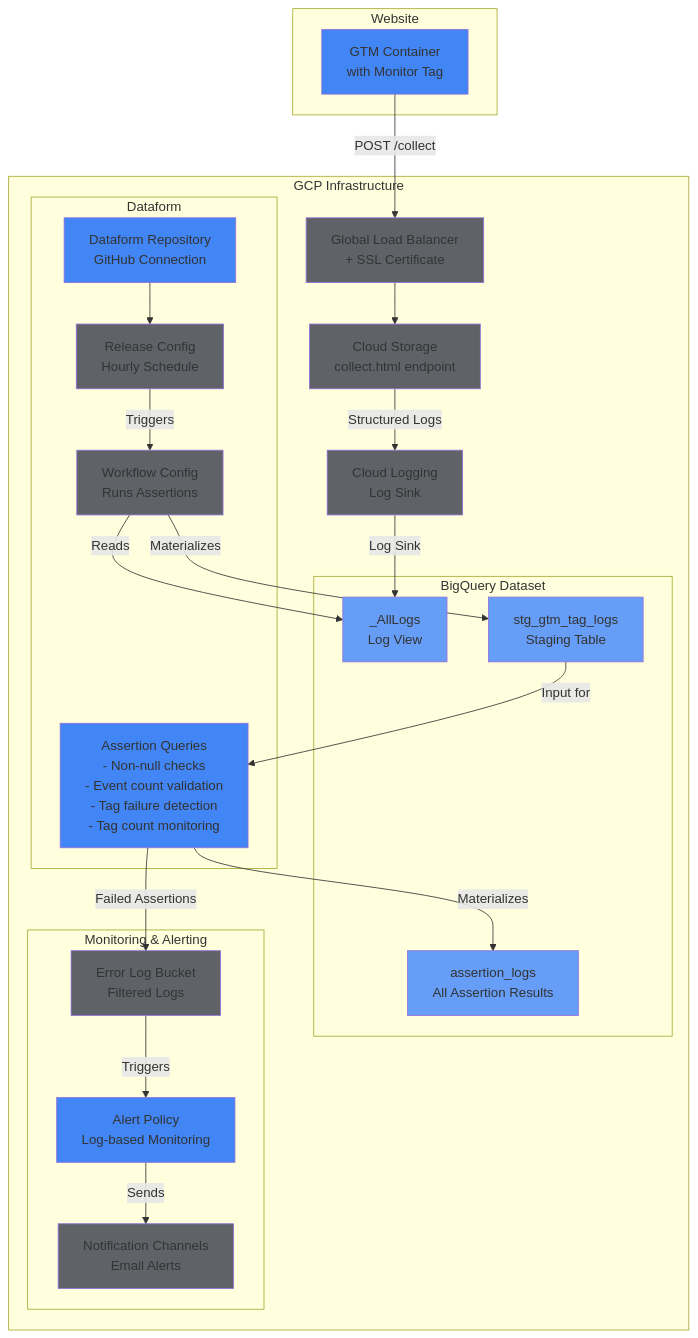
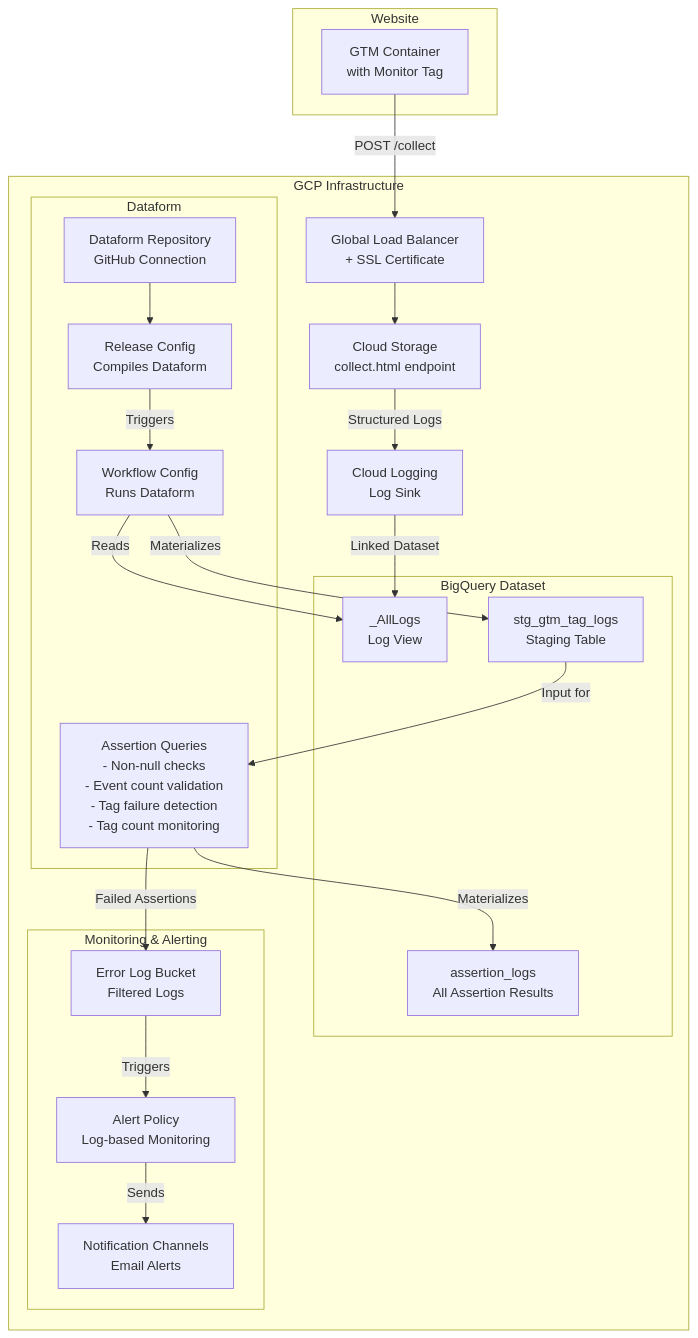
The diagram in README_DRAFT.md (netzstrategen/gtm-monitoring-gcp), drawn with Mermaid before and after one commit.

````diff
--- a/README_DRAFT.md
+++ b/README_DRAFT.md
@@ -11,62 +11,47 @@
 ```mermaid
 graph TB
     subgraph "Website"
         GTM[GTM Container<br/>with Monitor Tag]
     end
     
     subgraph "GCP Infrastructure"
         LB[Global Load Balancer<br/>+ SSL Certificate]
         GCS[Cloud Storage<br/>collect.html endpoint]
         Logs[Cloud Logging<br/>Log Sink]
         
         subgraph "BigQuery Dataset"
             LogView[_AllLogs<br/>Log View]
             Staging[stg_gtm_tag_logs<br/>Staging Table]
             AssertionLogs[assertion_logs<br/>All Assertion Results]
         end
         
         subgraph "Dataform"
             DF_Repo[Dataform Repository<br/>GitHub Connection]
-            DF_Release[Release Config<br/>Hourly Schedule]
-            DF_Workflow[Workflow Config<br/>Runs Assertions]
+            DF_Release[Release Config<br/>Compiles Dataform]
+            DF_Workflow[Workflow Config<br/>Runs Dataform]
             DF_Assert[Assertion Queries<br/>- Non-null checks<br/>- Event count validation<br/>- Tag failure detection<br/>- Tag count monitoring]
         end
         
         subgraph "Monitoring & Alerting"
             ErrorBucket[Error Log Bucket<br/>Filtered Logs]
             AlertPolicy[Alert Policy<br/>Log-based Monitoring]
             NotifChannel[Notification Channels<br/>Email Alerts]
         end
     end
     
     GTM -->|POST /collect| LB
     LB --> GCS
     GCS -->|Structured Logs| Logs
-    Logs -->|Log Sink| LogView
+    Logs -->|Linked Dataset| LogView
     
     DF_Repo --> DF_Release
     DF_Release -->|Triggers| DF_Workflow
     DF_Workflow -->|Reads| LogView
     DF_Workflow -->|Materializes| Staging
     Staging -->|Input for| DF_Assert
     
     DF_Assert -->|Failed Assertions| ErrorBucket
     DF_Assert -->|Materializes| AssertionLogs
     ErrorBucket -->|Triggers| AlertPolicy
     AlertPolicy -->|Sends| NotifChannel
-    
-    style GTM fill:#4285f4
-    style LB fill:#5f6368
-    style GCS fill:#5f6368
-    style Logs fill:#5f6368
-    style LogView fill:#669df6
-    style Staging fill:#669df6
-    style AssertionLogs fill:#669df6
-    style DF_Repo fill:#4285f4
-    style DF_Release fill:#5f6368
-    style DF_Workflow fill:#5f6368
-    style DF_Assert fill:#4285f4
-    style ErrorBucket fill:#5f6368
-    style AlertPolicy fill:#4285f4
-    style NotifChannel fill:#5f6368
 ```
````
